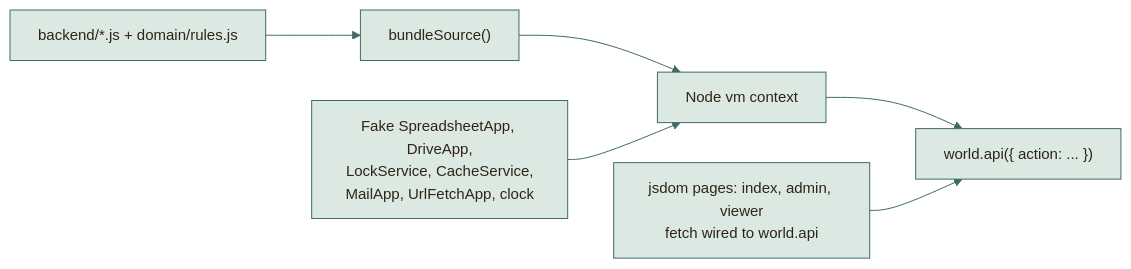
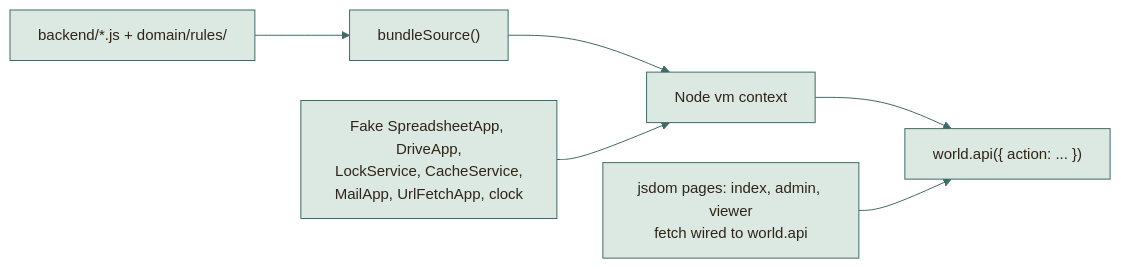
The sixth of 9 diagrams in docs/architecture/WORKAROUNDS.md (moyeh04/forms-platform), drawn with Mermaid before and after one commit. The commit also changed other lines of this file and 6 other files, not shown here.

````diff
--- a/docs/architecture/WORKAROUNDS.md
+++ b/docs/architecture/WORKAROUNDS.md
@@ -399,36 +399,36 @@
 ```mermaid
 %%{init: {
   'theme': 'base',
   'themeVariables': {
     'fontFamily': 'ui-sans-serif, system-ui, -apple-system, Segoe UI, Roboto, sans-serif',
     'fontSize': '15px',
     'primaryColor': '#DCE9E2', 'primaryBorderColor': '#3F6B66', 'primaryTextColor': '#2F2418',
     'secondaryColor': '#F0E4C8', 'secondaryBorderColor': '#C9A24A', 'secondaryTextColor': '#2F2418',
     'tertiaryColor': '#F6EFDC', 'tertiaryBorderColor': '#CDBB94', 'tertiaryTextColor': '#2F2418',
     'lineColor': '#3F6B66', 'textColor': '#2F2418', 'mainBkg': '#DCE9E2', 'nodeBorder': '#3F6B66',
     'clusterBkg': '#F6EFDC', 'clusterBorder': '#CDBB94', 'titleColor': '#2F2418',
     'edgeLabelBackground': '#F8F1DD',
     'actorBkg': '#DCE9E2', 'actorBorder': '#3F6B66', 'actorTextColor': '#2F2418', 'actorLineColor': '#8FB3AB',
     'signalColor': '#477A73', 'signalTextColor': '#477A73',
     'labelBoxBkgColor': '#F0E4C8', 'labelBoxBorderColor': '#C9A24A', 'labelTextColor': '#2F2418', 'loopTextColor': '#6A5A44',
     'noteBkgColor': '#FBEFC9', 'noteBorderColor': '#C9A24A', 'noteTextColor': '#2F2418',
     'activationBkgColor': '#DCE9E2', 'activationBorderColor': '#3F6B66', 'sequenceNumberColor': '#F8F1DD',
     'transitionColor': '#3F6B66', 'stateLabelColor': '#2F2418', 'stateBkg': '#DCE9E2', 'altBackground': '#F6EFDC',
     'attributeBackgroundColorOdd': '#F8F1DD', 'attributeBackgroundColorEven': '#F0E4C8'
   },
   'flowchart': {'curve': 'basis', 'padding': 14, 'nodeSpacing': 40, 'rankSpacing': 46},
   'sequence': {'mirrorActors': false, 'messageMargin': 34, 'boxMargin': 8}
 }}%%
 flowchart LR
-    src["backend/*.js + domain/rules.js"] --> bundle["bundleSource()"]
+    src["backend/*.js + domain/rules/"] --> bundle["bundleSource()"]
     bundle --> vm["Node vm context"]
     mocks["Fake SpreadsheetApp, DriveApp,<br/>LockService, CacheService,<br/>MailApp, UrlFetchApp, clock"] --> vm
     vm --> world["world.api({ action: ... })"]
     jsdom["jsdom pages: index, admin, viewer<br/>fetch wired to world.api"] --> world
     classDef cDb fill:#F3E2B3,stroke:#B8892D,stroke-width:1.5px,color:#2F2418
     classDef cActor fill:#F4D9D3,stroke:#9A3328,stroke-width:1.5px,color:#2F2418
     classDef cDec fill:#FBEFC9,stroke:#C9A24A,stroke-width:1.5px,color:#2F2418
     classDef cEnd fill:#2F2418,stroke:#2F2418,color:#F8F1DD
     classDef cErr fill:#F6D5CF,stroke:#A12B1F,stroke-width:1.5px,color:#5A140C
     classDef cOk fill:#BFD9CF,stroke:#2E5A55,stroke-width:1.5px,color:#17302D
 ```
````
